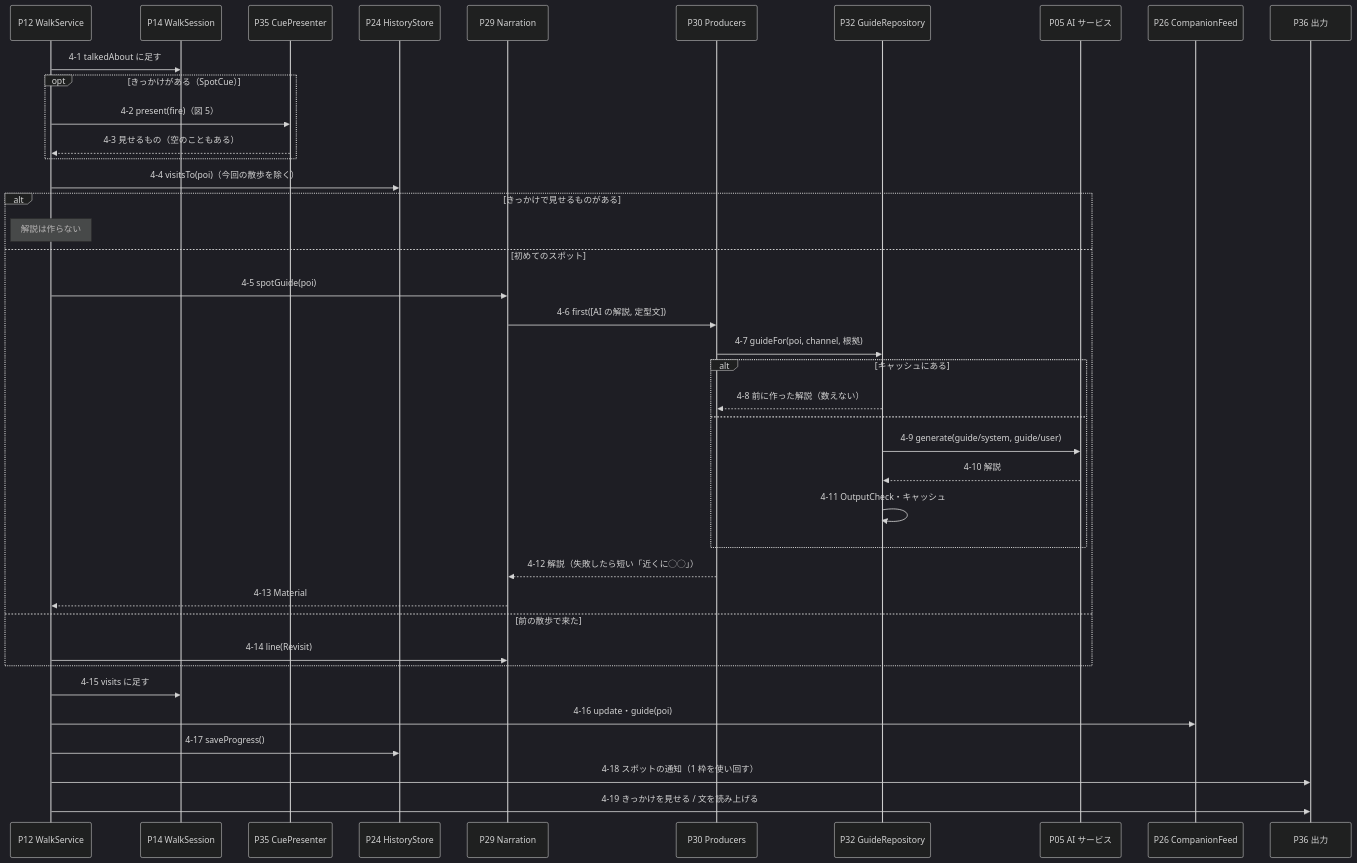
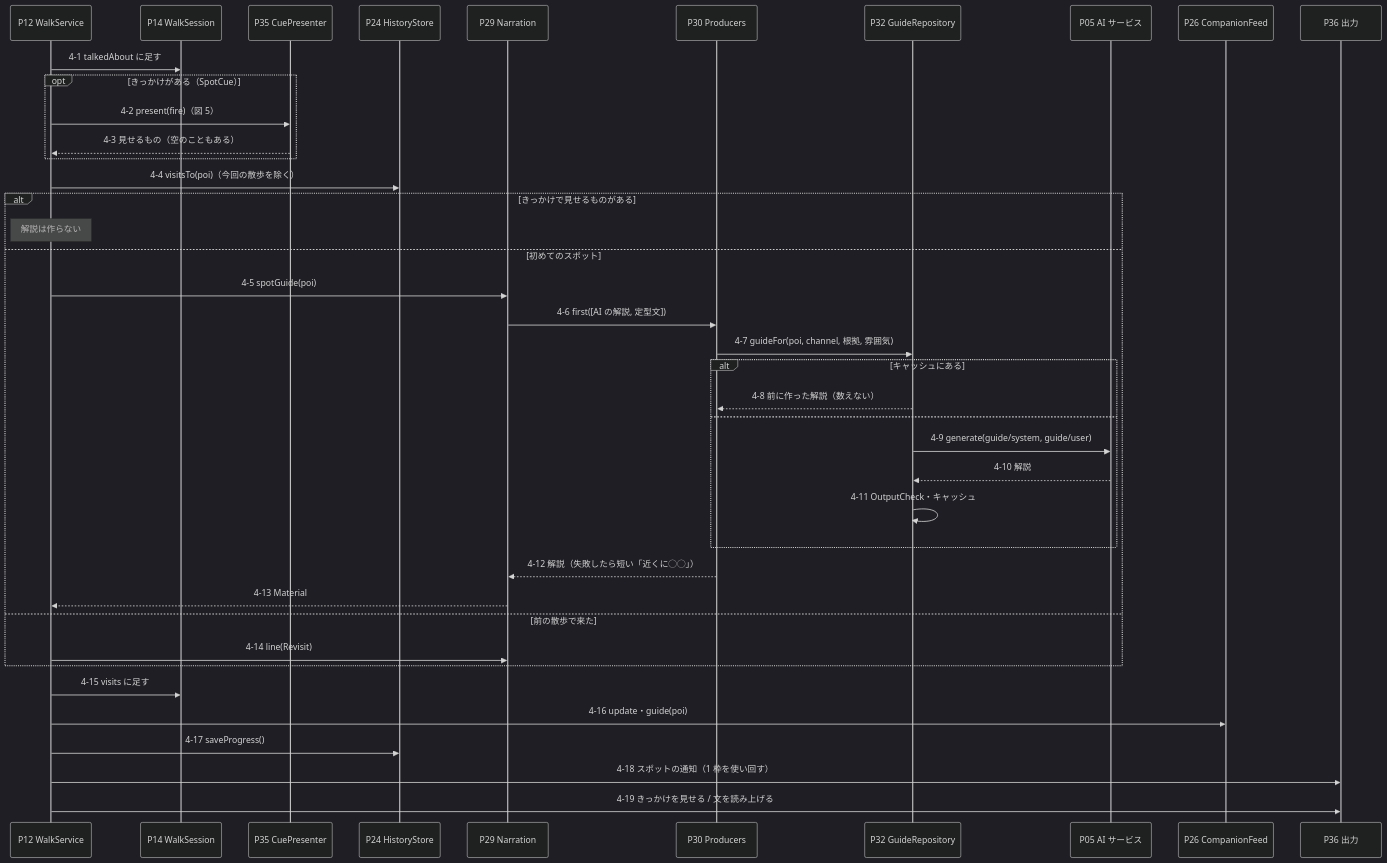
The fourth of 9 diagrams in docs/sequences.md (duwenji/yorisoi-sanpoguide), drawn with Mermaid (dark theme) before and after one commit. The commit also changed other lines of this file and 17 other files, not shown here.

````diff
--- a/docs/sequences.md
+++ b/docs/sequences.md
@@ -267,43 +267,43 @@
 ```mermaid
 sequenceDiagram
   participant WS as P12 WalkService
   participant Sess as P14 WalkSession
   participant Cue as P35 CuePresenter
   participant Hist as P24 HistoryStore
   participant Nar as P29 Narration
   participant Prod as P30 Producers
   participant GR as P32 GuideRepository
   participant AI as P05 AI サービス
   participant Feed as P26 CompanionFeed
   participant Out as P36 出力
 
   WS->>Sess: 4-1 talkedAbout に足す
   opt きっかけがある（SpotCue）
     WS->>Cue: 4-2 present(fire)（図 5）
     Cue-->>WS: 4-3 見せるもの（空のこともある）
   end
   WS->>Hist: 4-4 visitsTo(poi)（今回の散歩を除く）
   alt きっかけで見せるものがある
     Note over WS: 解説は作らない
   else 初めてのスポット
     WS->>Nar: 4-5 spotGuide(poi)
     Nar->>Prod: 4-6 first([AI の解説, 定型文])
-    Prod->>GR: 4-7 guideFor(poi, channel, 根拠)
+    Prod->>GR: 4-7 guideFor(poi, channel, 根拠, 雰囲気)
     alt キャッシュにある
       GR-->>Prod: 4-8 前に作った解説（数えない）
     else
       GR->>AI: 4-9 generate(guide/system, guide/user)
       AI-->>GR: 4-10 解説
       GR->>GR: 4-11 OutputCheck・キャッシュ
     end
     Prod-->>Nar: 4-12 解説（失敗したら短い「近くに◯◯」）
     Nar-->>WS: 4-13 Material
   else 前の散歩で来た
     WS->>Nar: 4-14 line(Revisit)
   end
   WS->>Sess: 4-15 visits に足す
   WS->>Feed: 4-16 update・guide(poi)
   WS->>Hist: 4-17 saveProgress()
   WS->>Out: 4-18 スポットの通知（1 枠を使い回す）
   WS->>Out: 4-19 きっかけを見せる / 文を読み上げる
 ```
````
